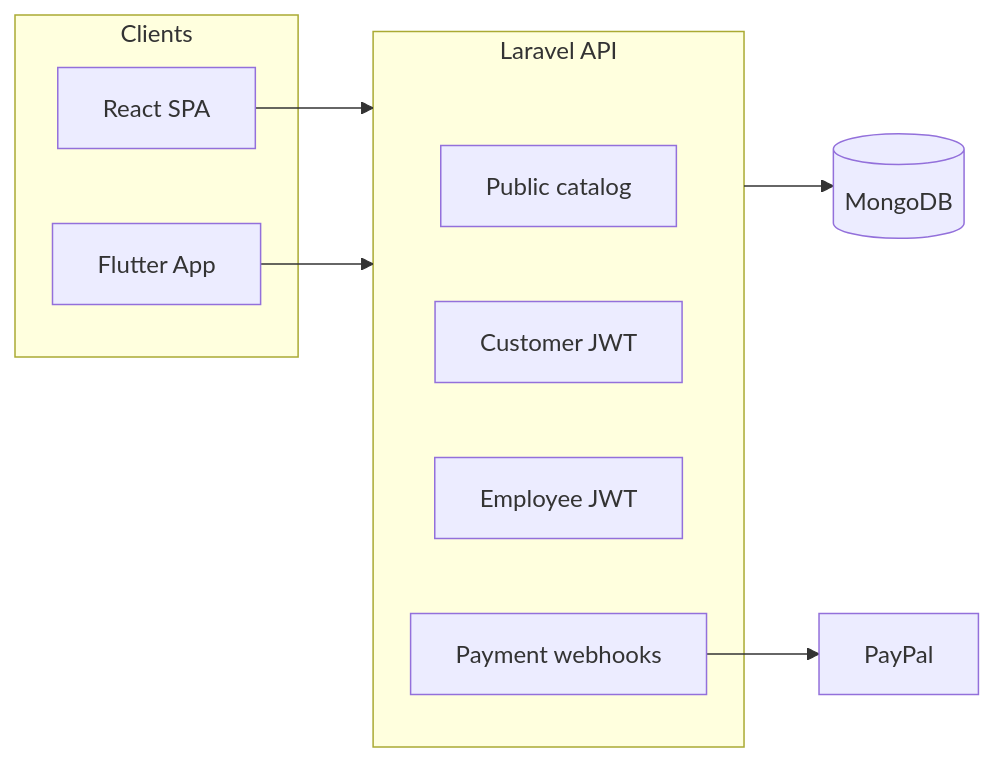
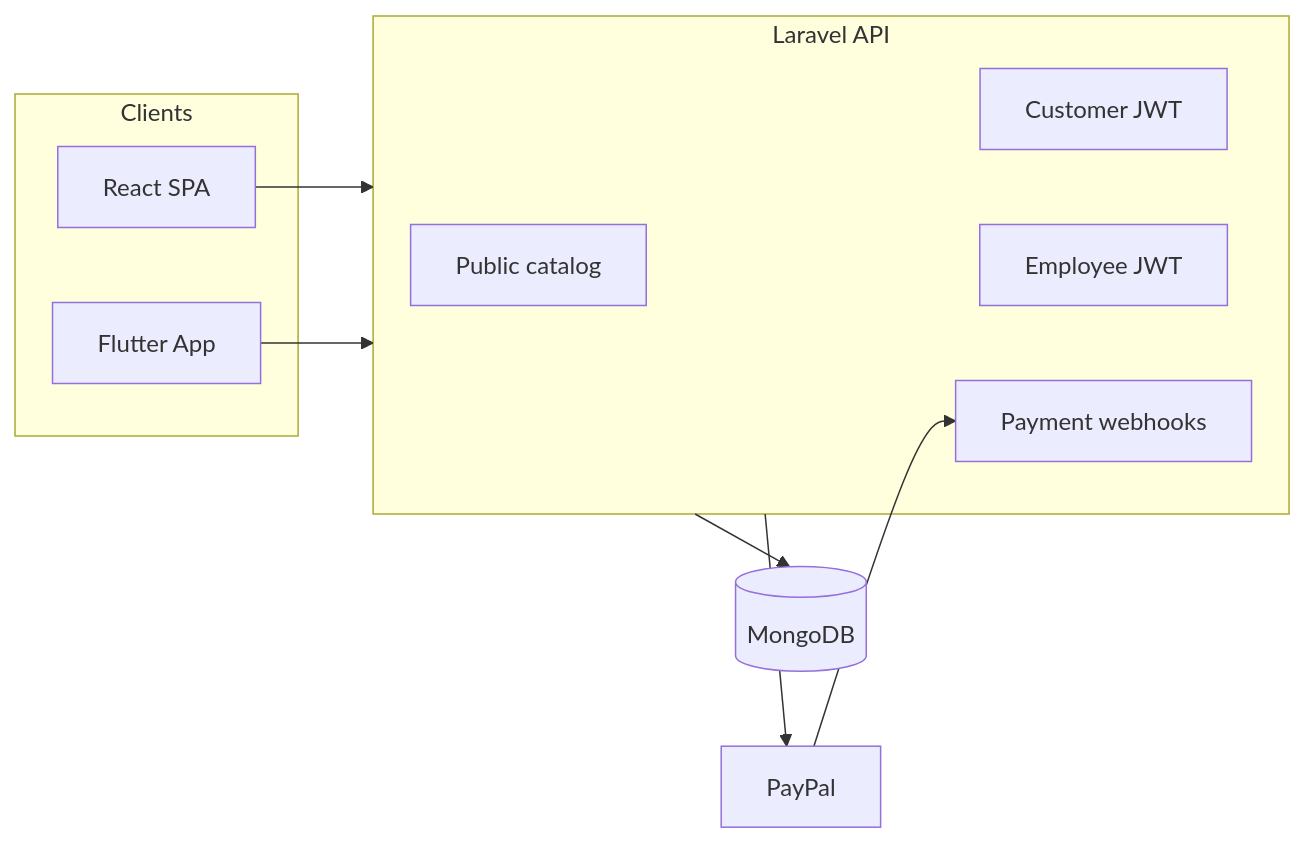
The diagram in project.md (abedalroufahmad-ctrl/bookstore), drawn with Mermaid before and after one commit. The commit also changed other lines of this file and 57 other files, not shown here.

````diff
--- a/project.md
+++ b/project.md
@@ -24,19 +21,20 @@
 ```mermaid
 flowchart LR
   subgraph clients [Clients]
     Web[React SPA]
     Mobile[Flutter App]
   end
   subgraph api [Laravel API]
     Public[Public catalog]
     Cust[Customer JWT]
     Emp[Employee JWT]
     Webhooks[Payment webhooks]
   end
   DB[(MongoDB)]
   PayPal[PayPal]
   Web --> api
   Mobile --> api
   api --> DB
-  Webhooks --> PayPal
+  api --> PayPal
+  PayPal --> Webhooks
 ```
````
